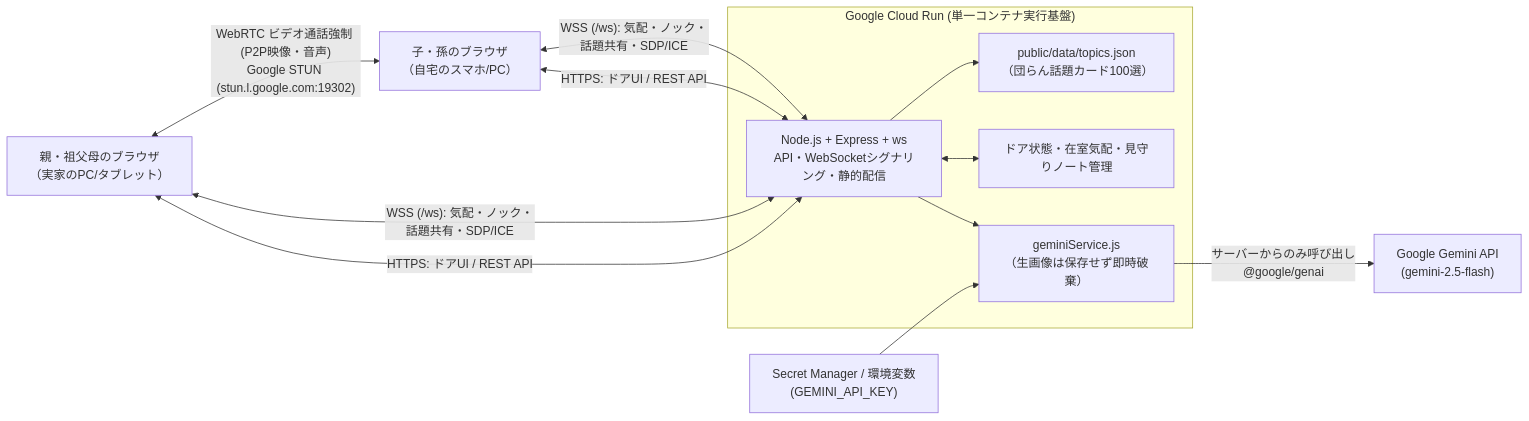
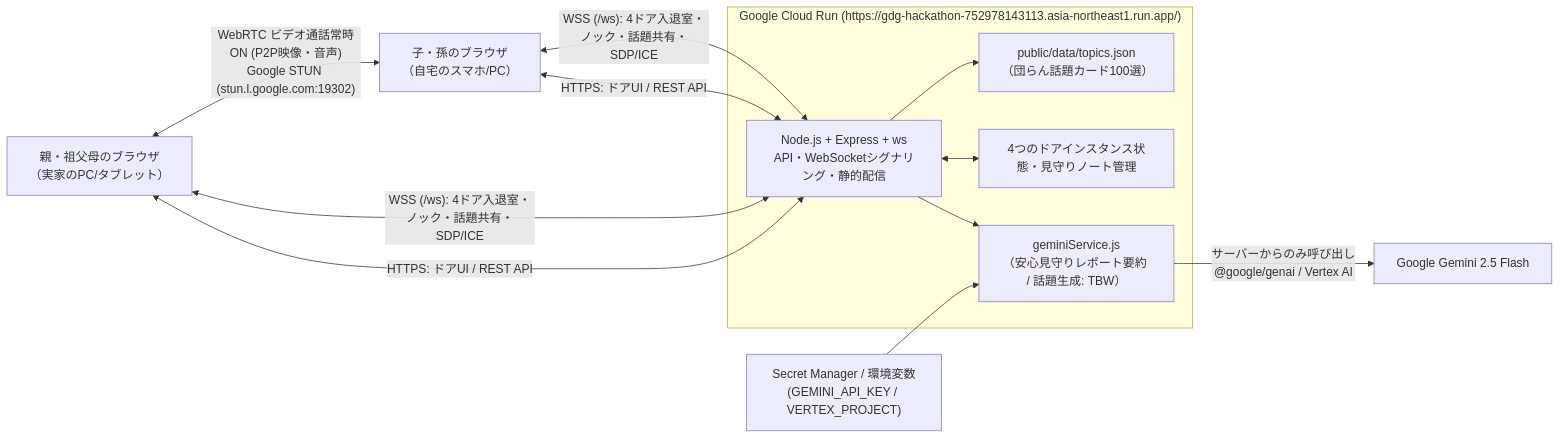
One commit to Devfest-Hackathon-2026/df-2026-t043 changed the diagram in docs/PRODUCT_DOCUMENT.md. Above: the diagram before and after it, drawn with Mermaid. The commit also changed other lines of this file and 12 other files, not shown here.

````diff
--- a/docs/PRODUCT_DOCUMENT.md
+++ b/docs/PRODUCT_DOCUMENT.md
@@ -96,16 +96,16 @@
 ```mermaid
 flowchart LR
   A["親・祖父母のブラウザ<br/>（実家のPC/タブレット）"] <-->|"HTTPS: ドアUI / REST API"| R
   B["子・孫のブラウザ<br/>（自宅のスマホ/PC）"] <-->|"HTTPS: ドアUI / REST API"| R
-  A <-->|"WSS (/ws): 気配・ノック・話題共有・SDP/ICE"| R
-  B <-->|"WSS (/ws): 気配・ノック・話題共有・SDP/ICE"| R
-  subgraph CloudRun["Google Cloud Run (単一コンテナ実行基盤)"]
+  A <-->|"WSS (/ws): 4ドア入退室・ノック・話題共有・SDP/ICE"| R
+  B <-->|"WSS (/ws): 4ドア入退室・ノック・話題共有・SDP/ICE"| R
+  subgraph CloudRun["Google Cloud Run (https://gdg-hackathon-752978143113.asia-northeast1.run.app/)"]
     R["Node.js + Express + ws<br/>API・WebSocketシグナリング・静的配信"]
-    R --> S["geminiService.js<br/>（生画像は保存せず即時破棄）"]
-    R <--> M["ドア状態・在室気配・見守りノート管理"]
+    R --> S["geminiService.js<br/>（安心見守りレポート要約 / 話題生成: TBW）"]
+    R <--> M["4つのドアインスタンス状態・見守りノート管理"]
     R --> T["public/data/topics.json<br/>（団らん話題カード100選）"]
   end
-  S -->|"サーバーからのみ呼び出し<br/>@google/genai"| G["Google Gemini API<br/>(gemini-2.5-flash)"]
-  K["Secret Manager / 環境変数<br/>(GEMINI_API_KEY)"] --> S
-  A <-->|"WebRTC ビデオ通話強制 (P2P映像・音声)<br/>Google STUN (stun.l.google.com:19302)"| B
+  S -->|"サーバーからのみ呼び出し<br/>@google/genai / Vertex AI"| G["Google Gemini 2.5 Flash"]
+  K["Secret Manager / 環境変数<br/>(GEMINI_API_KEY / VERTEX_PROJECT)"] --> S
+  A <-->|"WebRTC ビデオ通話常時ON (P2P映像・音声)<br/>Google STUN (stun.l.google.com:19302)"| B
 ```
````
